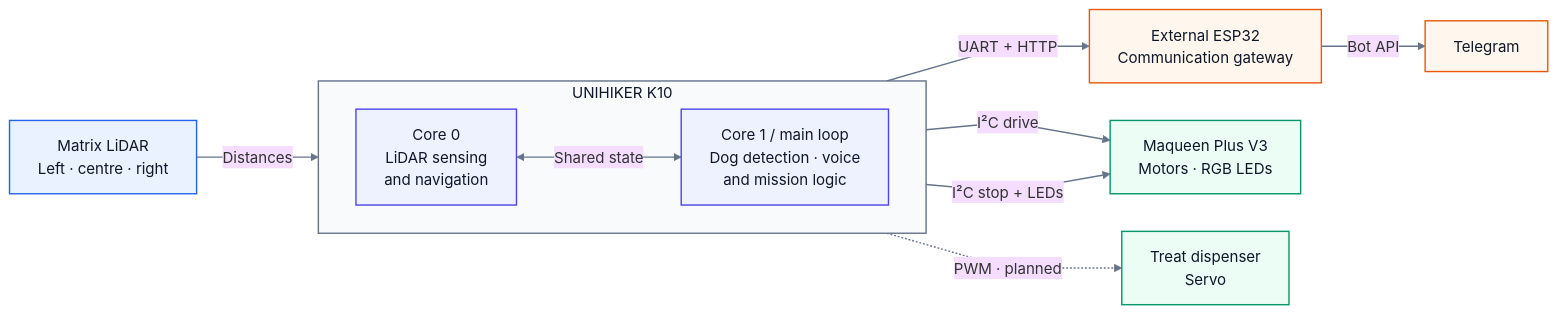
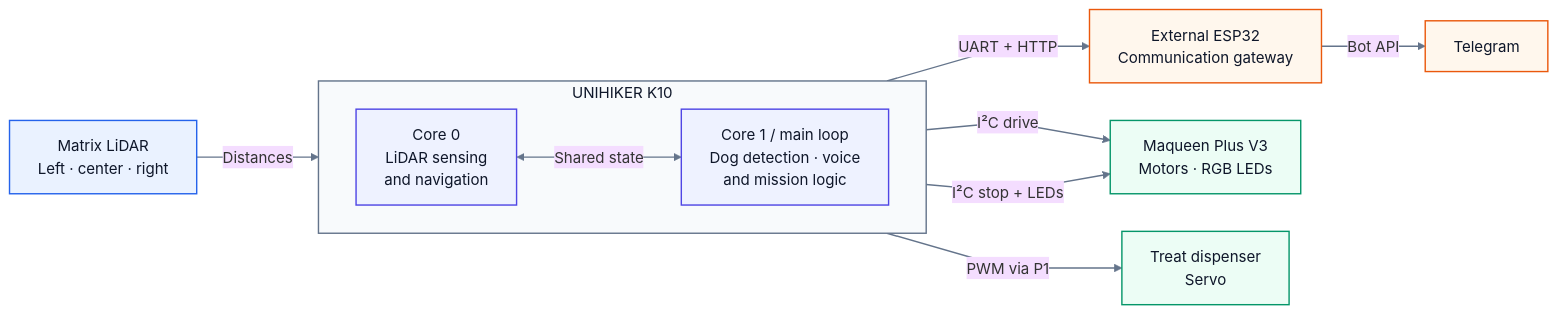
The diagram in README.md (filippabodecker/autonomous-dog-search-robot), drawn with Mermaid (base theme) before and after one commit. The commit also changed other lines of this file, not shown here.

````diff
--- a/README.md
+++ b/README.md
@@ -67,44 +67,44 @@
 ```mermaid
 %%{init: {"flowchart": {"curve": "linear", "nodeSpacing": 40, "rankSpacing": 55}}}%%
 flowchart LR
-    LIDAR["Matrix LiDAR<br/>Left · centre · right"]
+    LIDAR["Matrix LiDAR<br/>Left · center · right"]
 
     subgraph K10["UNIHIKER K10"]
         direction LR
 
         NAV["Core 0<br/>LiDAR sensing<br/>and navigation"]
 
         AI["Core 1 / main loop<br/>Dog detection · voice<br/>and mission logic"]
 
         NAV <-->|Shared state| AI
     end
 
     ESP["External ESP32<br/>Communication gateway"]
     TELEGRAM["Telegram"]
 
     MAQUEEN["Maqueen Plus V3<br/>Motors · RGB LEDs"]
     SERVO["Treat dispenser<br/>Servo"]
 
     LIDAR -->|Distances| NAV
 
     AI -->|UART + HTTP| ESP
     ESP -->|Bot API| TELEGRAM
 
     NAV -->|I²C drive| MAQUEEN
     AI -->|I²C stop + LEDs| MAQUEEN
 
-    AI -.->|PWM · planned| SERVO
+    AI -->|PWM via P1| SERVO
 
     classDef sensor fill:#EAF2FF,stroke:#2563EB,stroke-width:1.5px,color:#0F172A
     classDef processing fill:#EEF2FF,stroke:#4F46E5,stroke-width:1.5px,color:#0F172A
     classDef hardware fill:#ECFDF5,stroke:#059669,stroke-width:1.5px,color:#0F172A
     classDef communication fill:#FFF7ED,stroke:#EA580C,stroke-width:1.5px,color:#0F172A
 
     class LIDAR sensor
     class NAV,AI processing
     class MAQUEEN,SERVO hardware
     class ESP,TELEGRAM communication
 
     style K10 fill:#F8FAFC,stroke:#64748B,stroke-width:1.5px,color:#0F172A
     linkStyle default stroke:#64748B,stroke-width:1.5px
 ```
````
